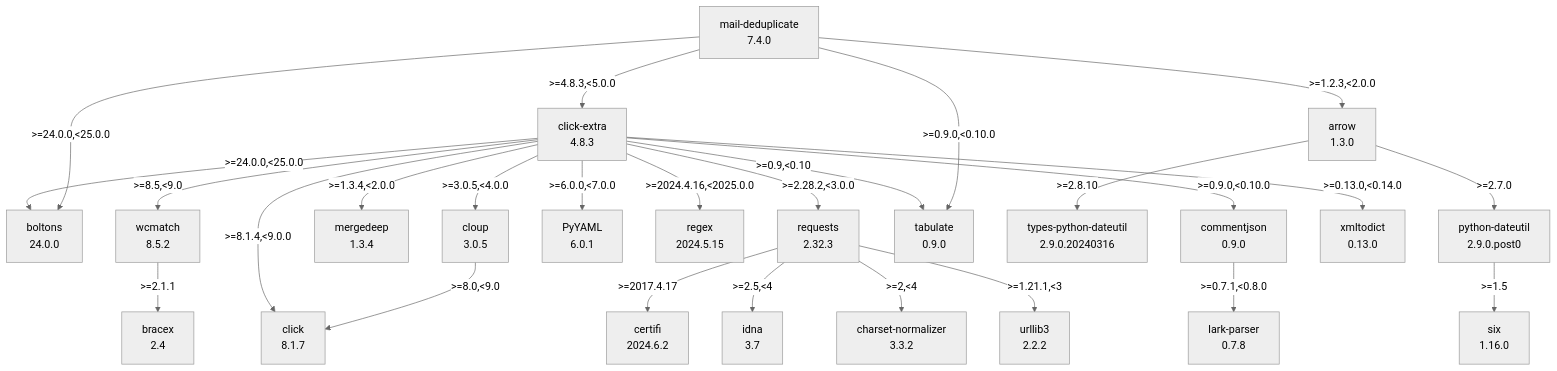
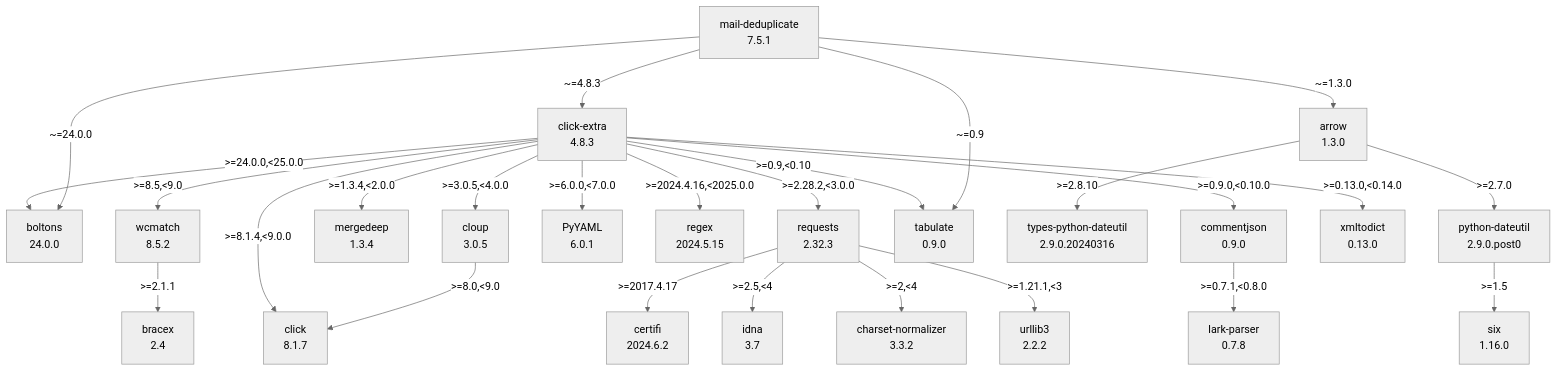
One commit to kdeldycke/mail-deduplicate changed the diagram in docs/assets/dependencies.mmd. Above: the diagram before and after it, drawn with Mermaid (neutral theme). The commit also changed 1 other file, not shown here.

Commit message:
[autofix] Regenerate dependency graph

```diff
--- a/docs/assets/dependencies.mmd
+++ b/docs/assets/dependencies.mmd
@@ -1,50 +1,50 @@
 flowchart TD
     classDef missing stroke-dasharray: 5
     arrow["arrow\n1.3.0"]
     boltons["boltons\n24.0.0"]
     bracex["bracex\n2.4"]
     certifi["certifi\n2024.6.2"]
     charset-normalizer["charset-normalizer\n3.3.2"]
     click-extra["click-extra\n4.8.3"]
     click_0["click\n8.1.7"]
     cloup["cloup\n3.0.5"]
     commentjson["commentjson\n0.9.0"]
     idna["idna\n3.7"]
     lark-parser["lark-parser\n0.7.8"]
-    mail-deduplicate["mail-deduplicate\n7.4.0"]
+    mail-deduplicate["mail-deduplicate\n7.5.1"]
     mergedeep["mergedeep\n1.3.4"]
     python-dateutil["python-dateutil\n2.9.0.post0"]
     pyyaml["PyYAML\n6.0.1"]
     regex["regex\n2024.5.15"]
     requests["requests\n2.32.3"]
     six["six\n1.16.0"]
     tabulate["tabulate\n0.9.0"]
     types-python-dateutil["types-python-dateutil\n2.9.0.20240316"]
     urllib3["urllib3\n2.2.2"]
     wcmatch["wcmatch\n8.5.2"]
     xmltodict["xmltodict\n0.13.0"]
     arrow -- ">=2.7.0" --> python-dateutil
     arrow -- ">=2.8.10" --> types-python-dateutil
     click-extra -- ">=0.13.0,<0.14.0" --> xmltodict
     click-extra -- ">=0.9,<0.10" --> tabulate
     click-extra -- ">=0.9.0,<0.10.0" --> commentjson
     click-extra -- ">=1.3.4,<2.0.0" --> mergedeep
     click-extra -- ">=2.28.2,<3.0.0" --> requests
     click-extra -- ">=2024.4.16,<2025.0.0" --> regex
     click-extra -- ">=24.0.0,<25.0.0" --> boltons
     click-extra -- ">=3.0.5,<4.0.0" --> cloup
     click-extra -- ">=6.0.0,<7.0.0" --> pyyaml
     click-extra -- ">=8.1.4,<9.0.0" --> click_0
     click-extra -- ">=8.5,<9.0" --> wcmatch
     cloup -- ">=8.0,<9.0" --> click_0
     commentjson -- ">=0.7.1,<0.8.0" --> lark-parser
-    mail-deduplicate -- ">=0.9.0,<0.10.0" --> tabulate
-    mail-deduplicate -- ">=1.2.3,<2.0.0" --> arrow
-    mail-deduplicate -- ">=24.0.0,<25.0.0" --> boltons
-    mail-deduplicate -- ">=4.8.3,<5.0.0" --> click-extra
+    mail-deduplicate -- "~=0.9" --> tabulate
+    mail-deduplicate -- "~=1.3.0" --> arrow
+    mail-deduplicate -- "~=24.0.0" --> boltons
+    mail-deduplicate -- "~=4.8.3" --> click-extra
     python-dateutil -- ">=1.5" --> six
     requests -- ">=1.21.1,<3" --> urllib3
     requests -- ">=2,<4" --> charset-normalizer
     requests -- ">=2.5,<4" --> idna
     requests -- ">=2017.4.17" --> certifi
     wcmatch -- ">=2.1.1" --> bracex
```
